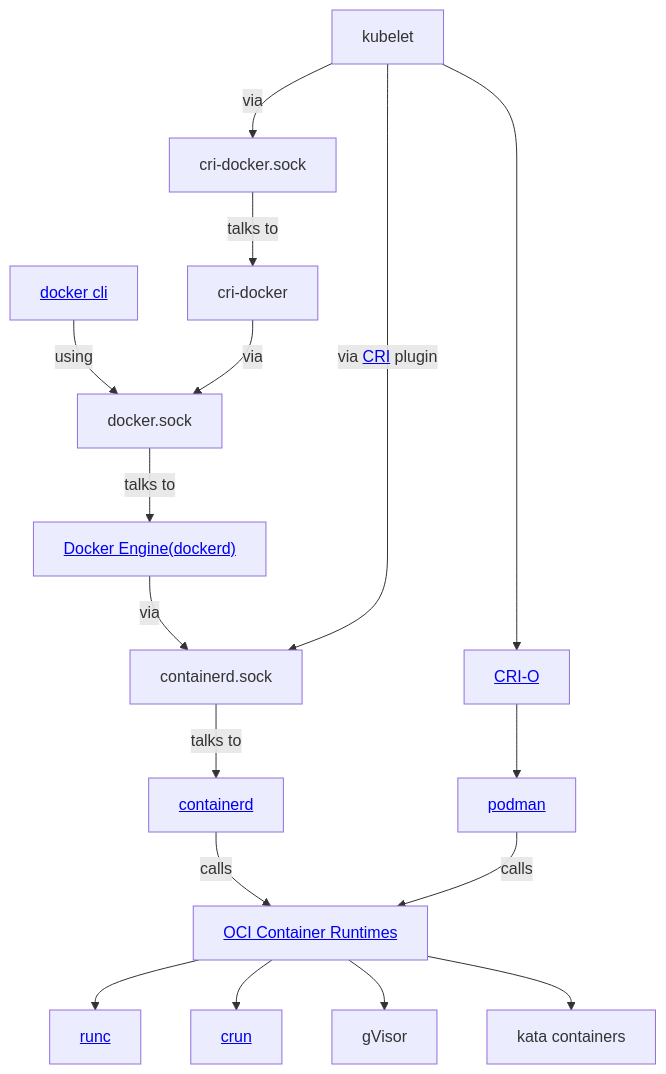
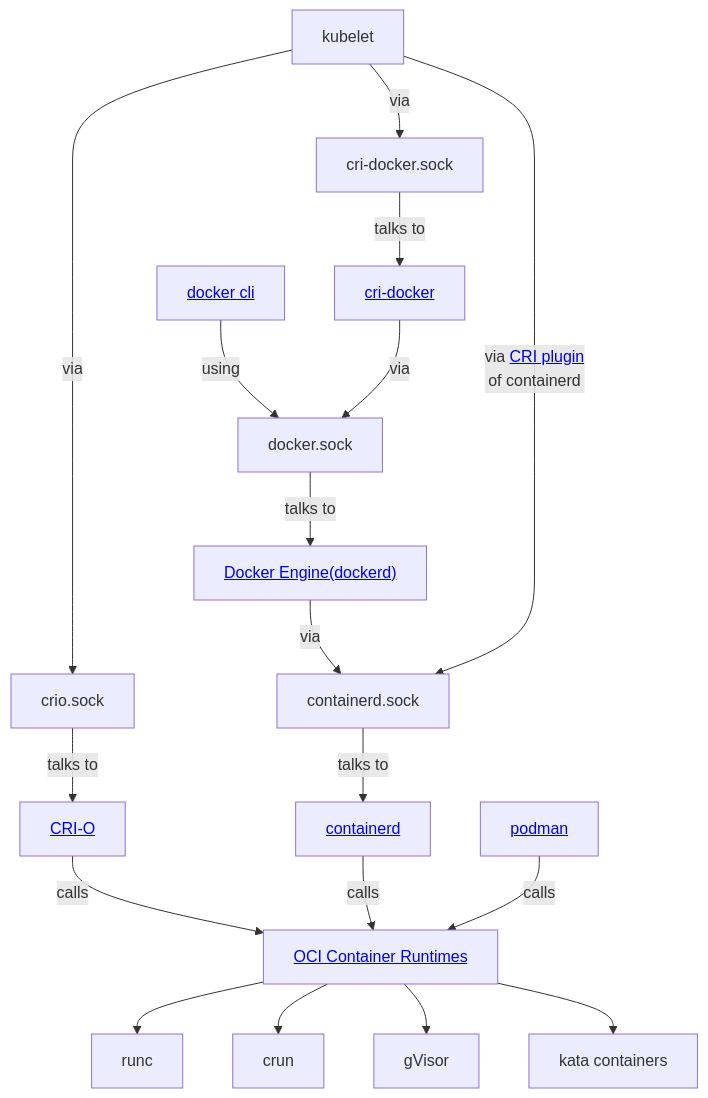
The diagram in LinuxContainers/README.md (maneesh29s/digital-garden-notes), drawn with Mermaid before and after one commit. The commit also changed 34 other files, not shown here.

`````diff
--- a/LinuxContainers/README.md
+++ b/LinuxContainers/README.md
@@ -14,26 +14,26 @@
 ````mermaid
 flowchart TD
 
 DCLI["<a href='https://docs.docker.com/reference/cli/docker/'>docker cli</a>"] --> |using| DSK[docker.sock] --> |talks to| DCRD["<a href='https://docs.docker.com/reference/cli/dockerd/'>Docker Engine(dockerd)</a>"]
 
-KBLT[kubelet] --> |via| CRIDSK[cri-docker.sock] --> |talks to| CRID[cri-docker] --> |via| DSK
+KBLT[kubelet] --> |via| CRIDSK[cri-docker.sock] --> |talks to| CRID[""<a class='internal-link' href='./docker#cri-docker'>cri-docker</a>""] --> |via| DSK
 
 DCRD -->|via| CNTRDSK[containerd.sock] --> |talks to| CNTRD["<a class='internal-link' href='./containerd'>containerd</a>"]
 
-KBLT --> |"via <a class='internal-link' href='./Kubernetes#CRI'>CRI</a> plugin"| CNTRDSK
+KBLT --> |"via <a class='internal-link' href='./containerd#CRI'>CRI plugin</a> <br> of containerd"| CNTRDSK
 
-KBLT --> CRIO["<a class='internal-link' href='./cri-o'>CRI-O</a>"] --> PDMN["<a class='internal-link' href='./podman'>podman</a>"]
+KBLT --> |via| CRIOSK[crio.sock] --> |talks to| CRIO["<a class='internal-link' href='./cri-o'>CRI-O</a>"] --> |calls| OCIRNTM
 
 CNTRD --> |calls| OCIRNTM["<a class='internal-link' href='./oci_container_runtimes'>OCI Container Runtimes</a>"]
 
-PDMN --> |calls| OCIRNTM
+PDMN["<a class='internal-link' href='./podman'>podman</a>"] --> |calls| OCIRNTM
 
-OCIRNTM --> R["<a href='https://github.com/opencontainers/runc'>runc</a>"] 
+OCIRNTM --> R[runc] 
 
-OCIRNTM --> C["<a href='https://github.com/containers/crun'>crun</a>"]
+OCIRNTM --> C[crun]
 
 OCIRNTM --> G[gVisor]
 
 OCIRNTM --> K[kata containers]
 
 ````
`````
